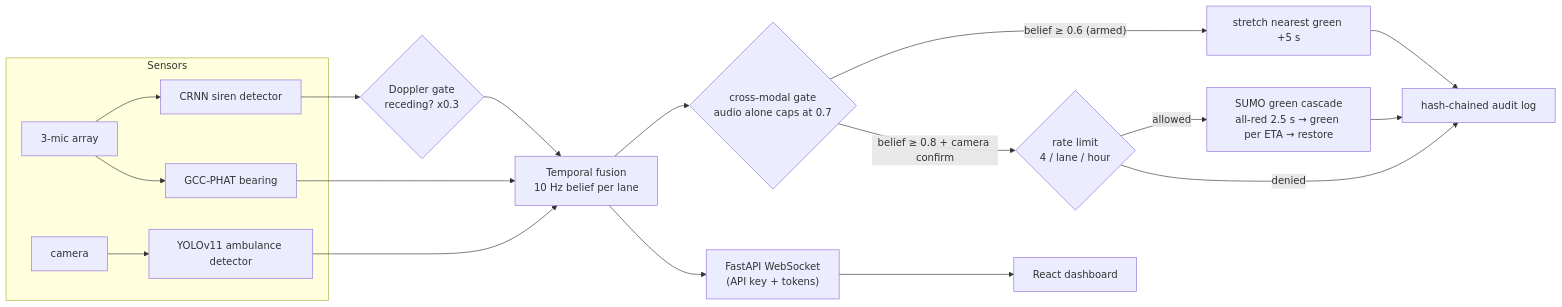
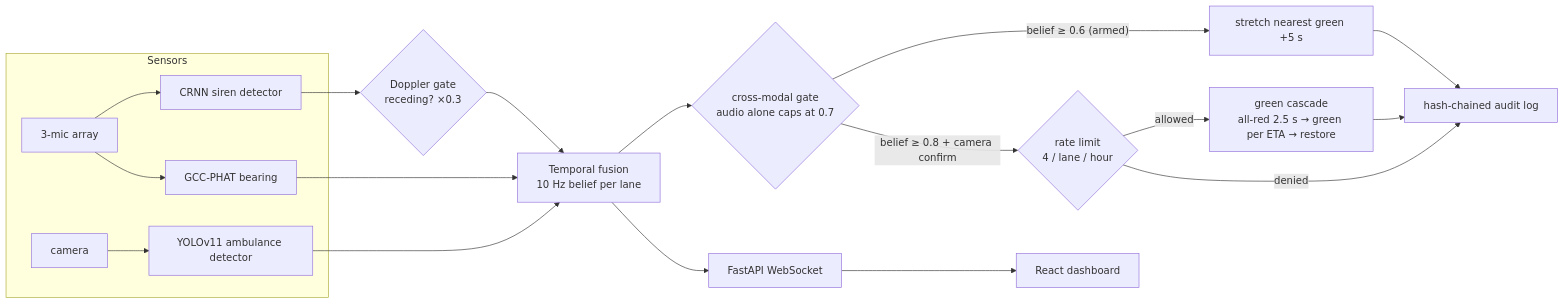
The diagram in README.md (kbvinay001/Green-wave), drawn with Mermaid before and after one commit. The commit also changed other lines of this file and 1 other file, not shown here.

````diff
--- a/README.md
+++ b/README.md
@@ -21,24 +75,24 @@
 ```mermaid
 flowchart LR
   subgraph sensors [Sensors]
     MIC["3-mic array"] --> CRNN["CRNN siren detector"]
     MIC --> GCC["GCC-PHAT bearing"]
     CAM["camera"] --> YOLO["YOLOv11 ambulance detector"]
   end
 
-  CRNN --> DOP{"Doppler gate<br/>receding? x0.3"}
+  CRNN --> DOP{"Doppler gate<br/>receding? ×0.3"}
   DOP --> FUSE["Temporal fusion<br/>10 Hz belief per lane"]
   GCC --> FUSE
   YOLO --> FUSE
 
   FUSE --> GATE{"cross-modal gate<br/>audio alone caps at 0.7"}
   GATE -->|"belief ≥ 0.6 (armed)"| EXT["stretch nearest green +5 s"]
   GATE -->|"belief ≥ 0.8 + camera confirm"| RATE{"rate limit<br/>4 / lane / hour"}
-  RATE -->|allowed| CASCADE["SUMO green cascade<br/>all-red 2.5 s → green per ETA → restore"]
+  RATE -->|allowed| CASCADE["green cascade<br/>all-red 2.5 s → green per ETA → restore"]
   RATE -->|denied| AUDIT
   CASCADE --> AUDIT["hash-chained audit log"]
   EXT --> AUDIT
 
-  FUSE --> WS["FastAPI WebSocket<br/>(API key + tokens)"]
+  FUSE --> WS["FastAPI WebSocket"]
   WS --> DASH["React dashboard"]
 ```
````
